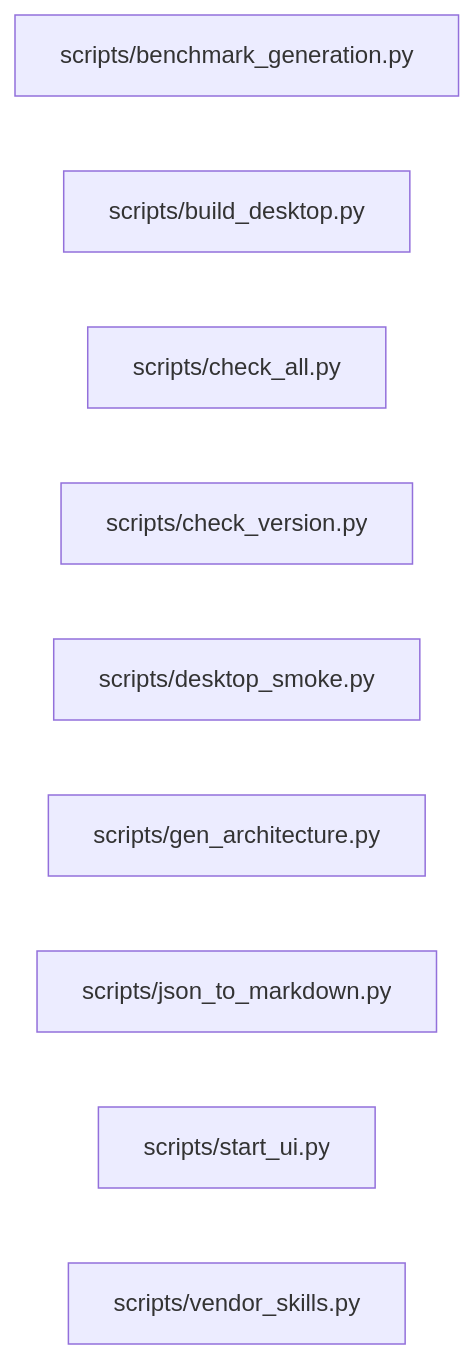
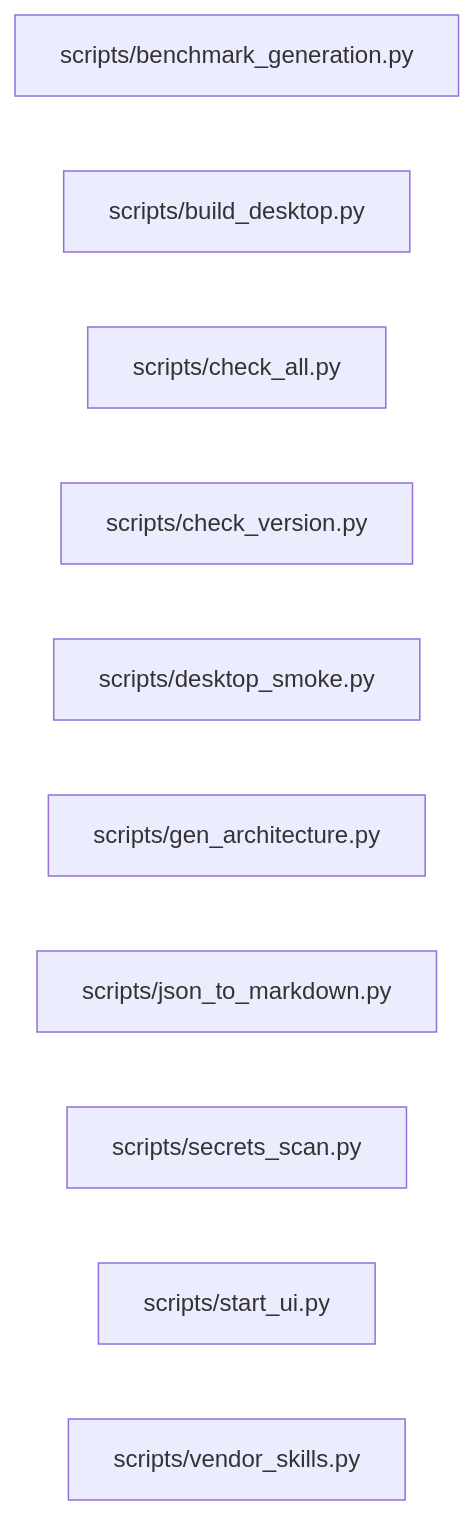
Diagram 16 of 21 in docs/ARCHITECTURE_MAP.md (sarveshtalele/maf-harness-testing), drawn with Mermaid before and after one commit. The commit also changed other lines of this file and 10 other files, not shown here.

````diff
--- a/docs/ARCHITECTURE_MAP.md
+++ b/docs/ARCHITECTURE_MAP.md
@@ -440,12 +440,13 @@
 ```mermaid
 flowchart LR
   f0["scripts/benchmark_generation.py"]
   f1["scripts/build_desktop.py"]
   f2["scripts/check_all.py"]
   f3["scripts/check_version.py"]
   f4["scripts/desktop_smoke.py"]
   f5["scripts/gen_architecture.py"]
   f6["scripts/json_to_markdown.py"]
-  f7["scripts/start_ui.py"]
-  f8["scripts/vendor_skills.py"]
+  f7["scripts/secrets_scan.py"]
+  f8["scripts/start_ui.py"]
+  f9["scripts/vendor_skills.py"]
 ```
````
